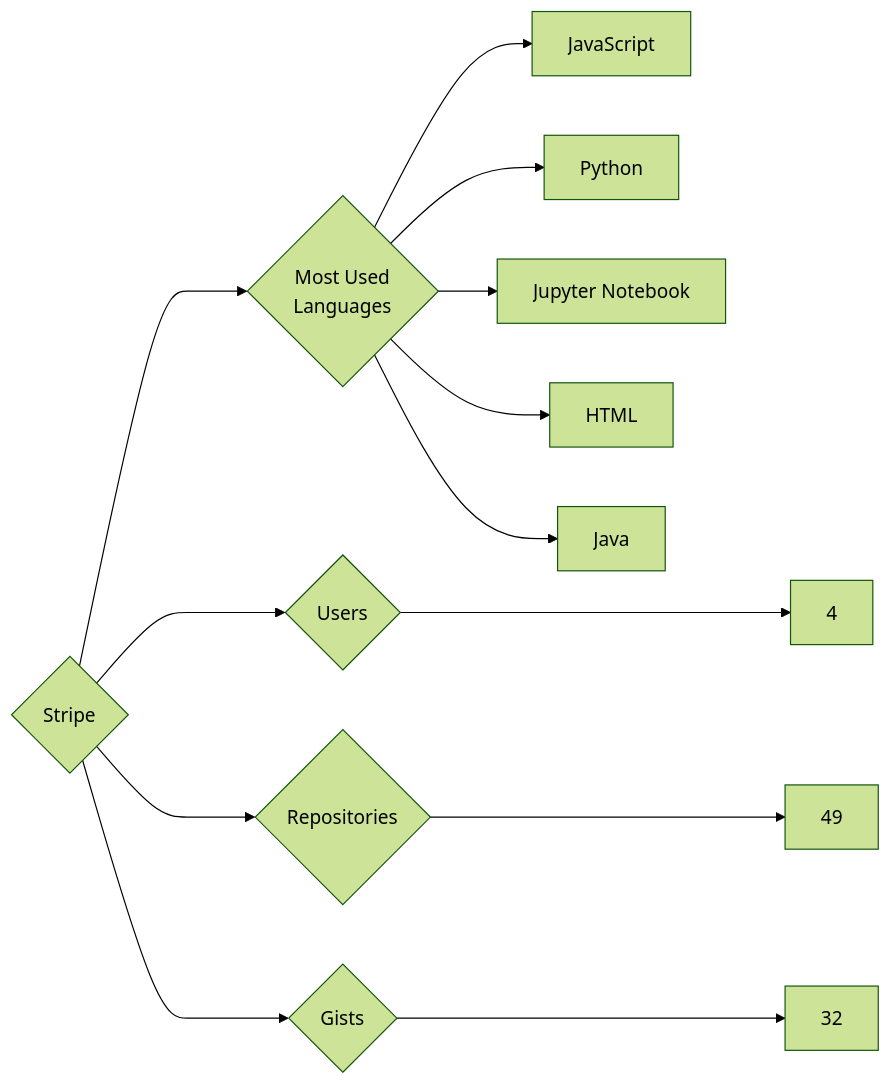
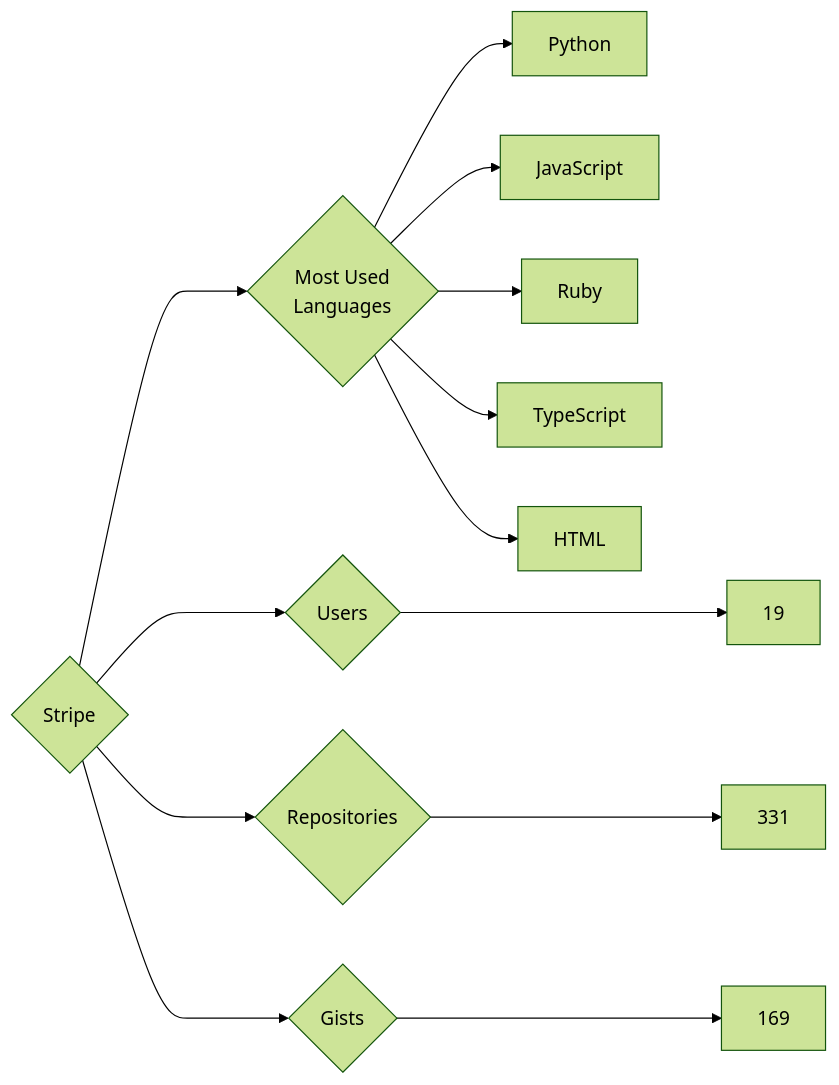
Before and after one commit to trickest/insiders: the diagram in targets/Stripe/README.md, drawn with Mermaid (forest theme). The commit also changed 839 other files, not shown here.

````diff
--- a/targets/Stripe/README.md
+++ b/targets/Stripe/README.md
@@ -3,13 +3,13 @@
 ```mermaid
 graph LR
 COMPANY_NAME{Stripe}
-COMPANY_NAME ---> U{Users} ---> UN[4]
-COMPANY_NAME ---> R{Repositories} ---> RN[49]
-COMPANY_NAME ---> G{Gists} ---> GN[32]
+COMPANY_NAME ---> U{Users} ---> UN[19]
+COMPANY_NAME ---> R{Repositories} ---> RN[331]
+COMPANY_NAME ---> G{Gists} ---> GN[169]
 COMPANY_NAME ---> ML{Most Used<br>Languages}
+ML --> Python[Python]
 ML --> JavaScript[JavaScript]
-ML --> Python[Python]
-ML --> Jupyter_Notebook[Jupyter Notebook]
+ML --> Ruby[Ruby]
+ML --> TypeScript[TypeScript]
 ML --> HTML[HTML]
-ML --> Java[Java]
 ```
````
